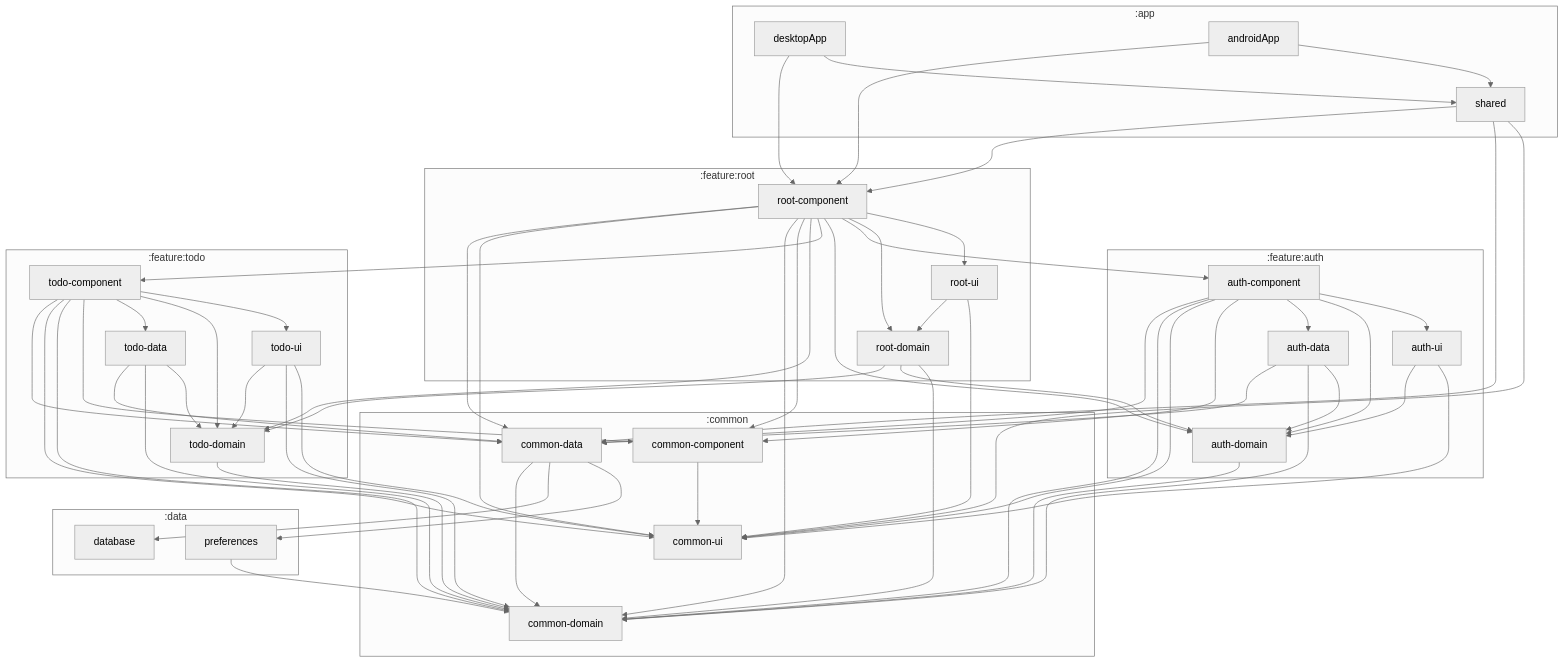
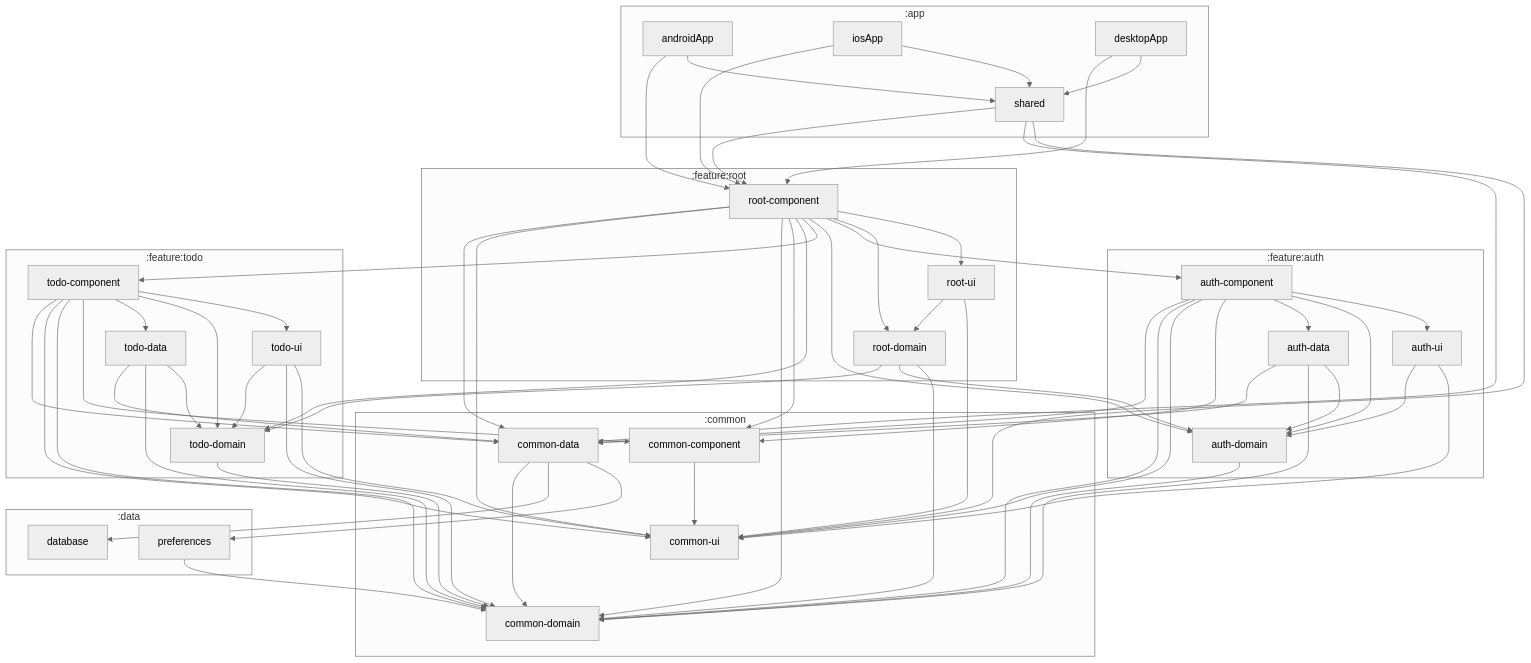
Before and after one commit to VasilyRylov/kmp-architecture-samples: the diagram in README.MD, drawn with Mermaid.

```diff
--- a/README.MD
+++ b/README.MD
@@ -31,9 +31,10 @@
 
 graph TB
   subgraph :app
+    :app:androidApp["androidApp"]
+    :app:iosApp["iosApp"]
     :app:desktopApp["desktopApp"]
     :app:shared["shared"]
-    :app:androidApp["androidApp"]
   end
   subgraph :common
     :common:common-component["common-component"]
@@ -94,6 +95,8 @@
   :common:common-data --> :common:common-domain
   :app:androidApp --> :app:shared
   :app:androidApp --> :feature:root:root-component
+  :app:iosApp --> :app:shared
+  :app:iosApp --> :feature:root:root-component
   :feature:todo:todo-data --> :feature:todo:todo-domain
   :feature:todo:todo-data --> :common:common-domain
   :feature:todo:todo-data --> :common:common-data
```
